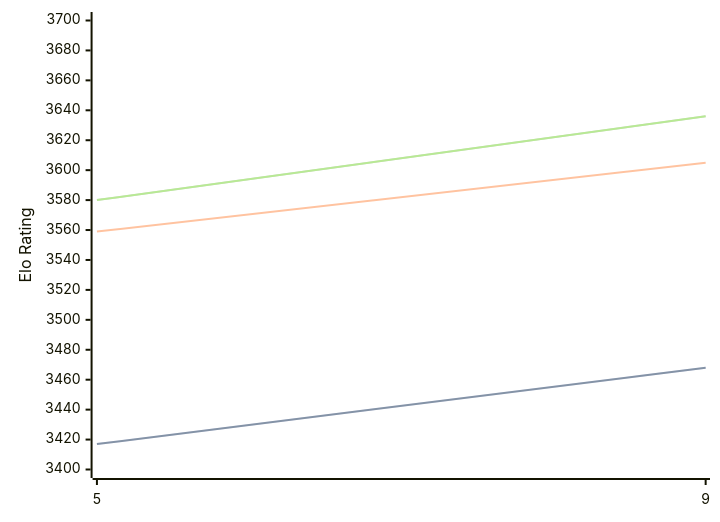
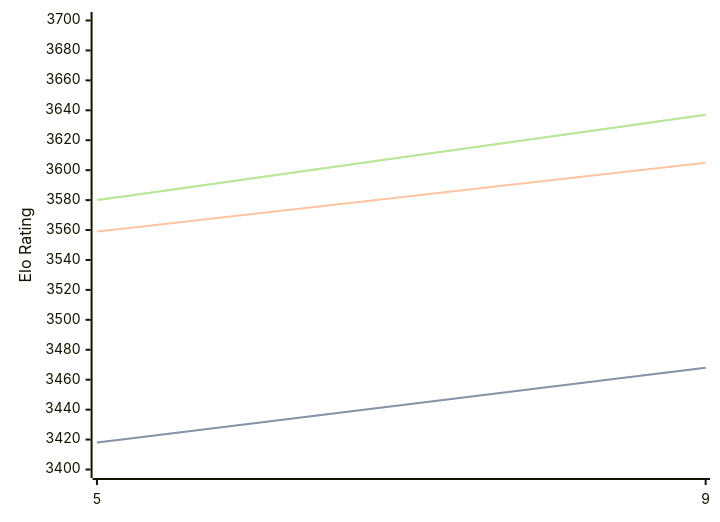
Before and after one commit to computer-chess-index/cci: the diagram in engines/Crystal.md, drawn with Mermaid. The commit also changed other lines of this file, not shown here.

Commit message:
Update CCI Ratings (ELO VLTC) - 2026-02-21

````diff
--- a/engines/Crystal.md
+++ b/engines/Crystal.md
@@ -57,11 +57,11 @@
 ```mermaid
 %%{init: {"theme":"base","themeVariables":{"seriesColors:['#a3a3a3','#222221','#faa371']}}}%%
 xychart-beta
   x-axis ["5", "9"]
   y-axis "Elo Rating" 3400 --> 3700
-  line "STC (8.0+0.08s)" [3417, 3468]
-  line "STC (8.0+0.08s)" [3417, 3468]
+  line "STC (8.0+0.08s)" [3418, 3468]
+  line "STC (8.0+0.08s)" [3418, 3468]
   line "LTC (60.0+0.60s)" [3559, 3605]
-  line "VLTC (2m24s+1.12s)" [3580, 3636]
-  line "VLTC (2m24s+1.12s)" [3580, 3636]
+  line "VLTC (2m24s+1.12s)" [3580, 3637]
+  line "VLTC (2m24s+1.12s)" [3580, 3637]
 ```
````
